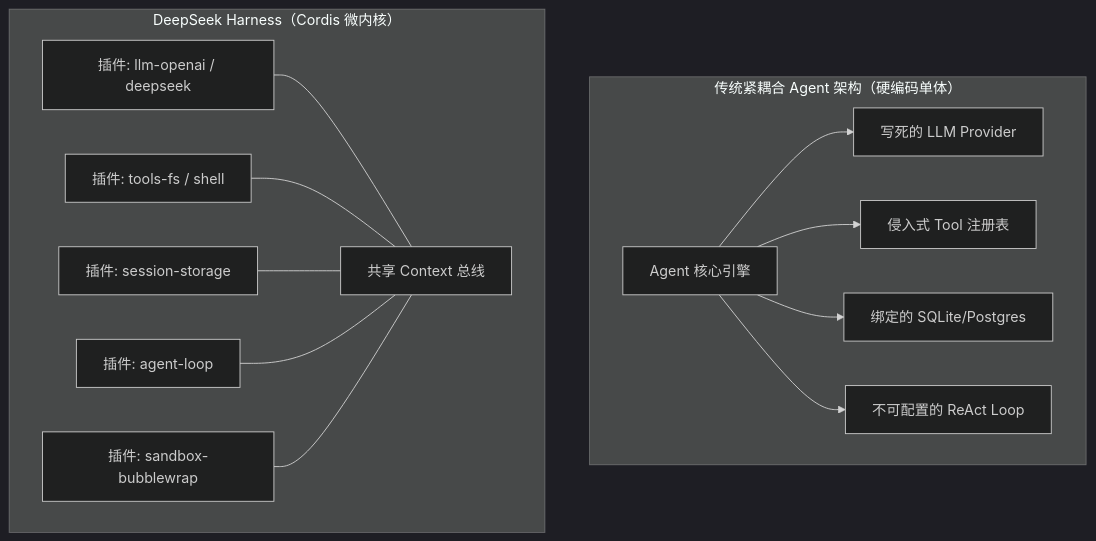
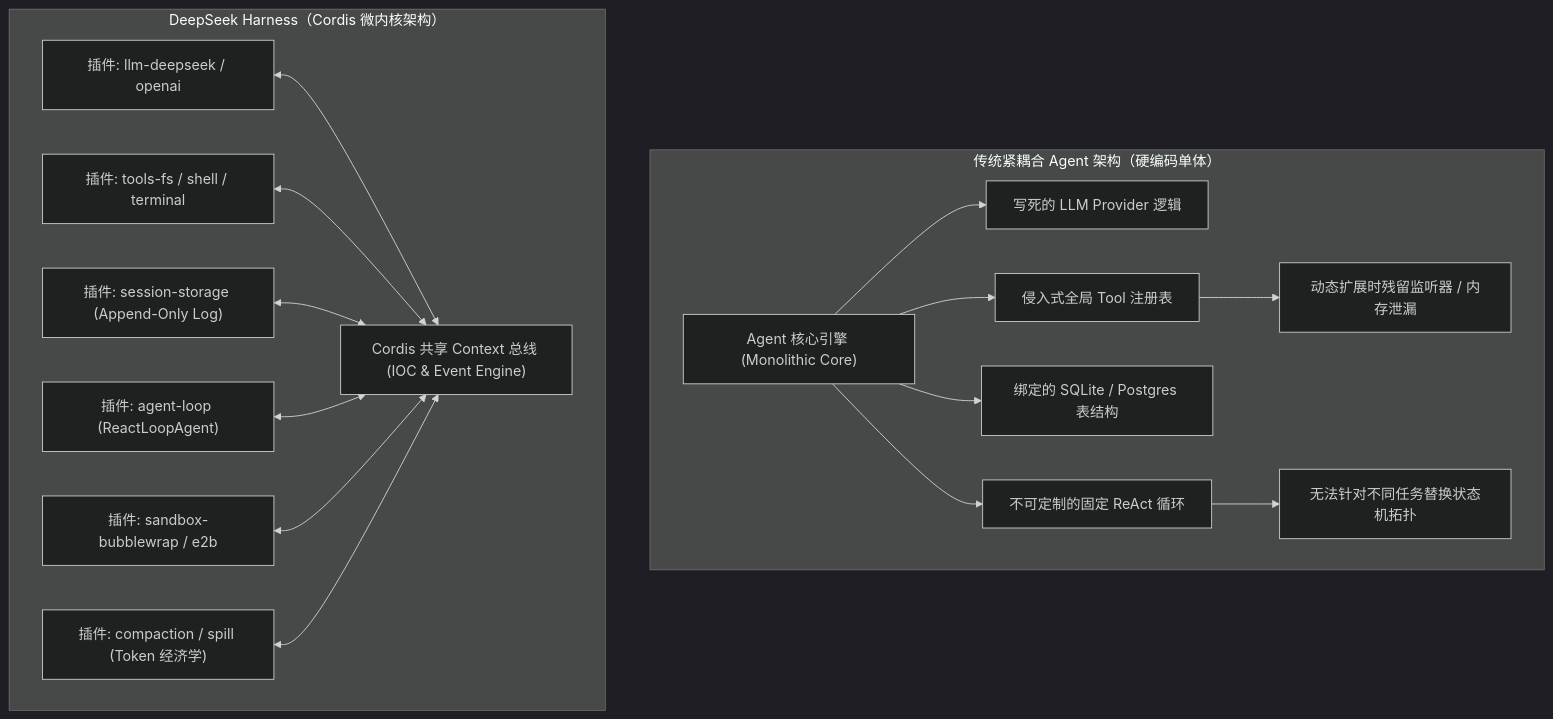
Before and after one commit to MoreConsequence/MoreConsequence.github.io: the first of 2 diagrams in content/posts/dsh-01-architecture-overview.md, drawn with Mermaid (dark theme). The commit also changed other lines of this file and 11 other files, not shown here.

Commit message:
feat(blog): 全面扩充并深化 DeepSeek DSH 与 ORACT 双系列文章（每篇知识量扩充 3 倍+）

````diff
--- a/content/posts/dsh-01-architecture-overview.md
+++ b/content/posts/dsh-01-architecture-overview.md
@@ -19,18 +19,22 @@
 ```mermaid
 flowchart TB
     subgraph Traditional["传统紧耦合 Agent 架构（硬编码单体）"]
-        Mono["Agent 核心引擎"] --> HardModel["写死的 LLM Provider"]
-        Mono --> HardTool["侵入式 Tool 注册表"]
-        Mono --> HardStorage["绑定的 SQLite/Postgres"]
-        Mono --> HardLoop["不可配置的 ReAct Loop"]
+        Mono["Agent 核心引擎 (Monolithic Core)"]
+        Mono --> HardModel["写死的 LLM Provider 逻辑"]
+        Mono --> HardTool["侵入式全局 Tool 注册表"]
+        Mono --> HardStorage["绑定的 SQLite / Postgres 表结构"]
+        Mono --> HardLoop["不可定制的固定 ReAct 循环"]
+        HardTool --> Leak["动态扩展时残留监听器 / 内存泄漏"]
+        HardLoop --> Rigid["无法针对不同任务替换状态机拓扑"]
     end
 
-    subgraph DSH["DeepSeek Harness（Cordis 微内核）"]
-        Ctx["共享 Context 总线"]
-        P1["插件: llm-openai / deepseek"] --- Ctx
-        P2["插件: tools-fs / shell"] --- Ctx
-        P3["插件: session-storage"] --- Ctx
-        P4["插件: agent-loop"] --- Ctx
-        P5["插件: sandbox-bubblewrap"] --- Ctx
+    subgraph DSHArchitecture["DeepSeek Harness（Cordis 微内核架构）"]
+        Ctx["Cordis 共享 Context 总线 (IOC & Event Engine)"]
+        P1["插件: llm-deepseek / openai"] <--> Ctx
+        P2["插件: tools-fs / shell / terminal"] <--> Ctx
+        P3["插件: session-storage (Append-Only Log)"] <--> Ctx
+        P4["插件: agent-loop (ReactLoopAgent)"] <--> Ctx
+        P5["插件: sandbox-bubblewrap / e2b"] <--> Ctx
+        P6["插件: compaction / spill (Token 经济学)"] <--> Ctx
     end
 ```
````
